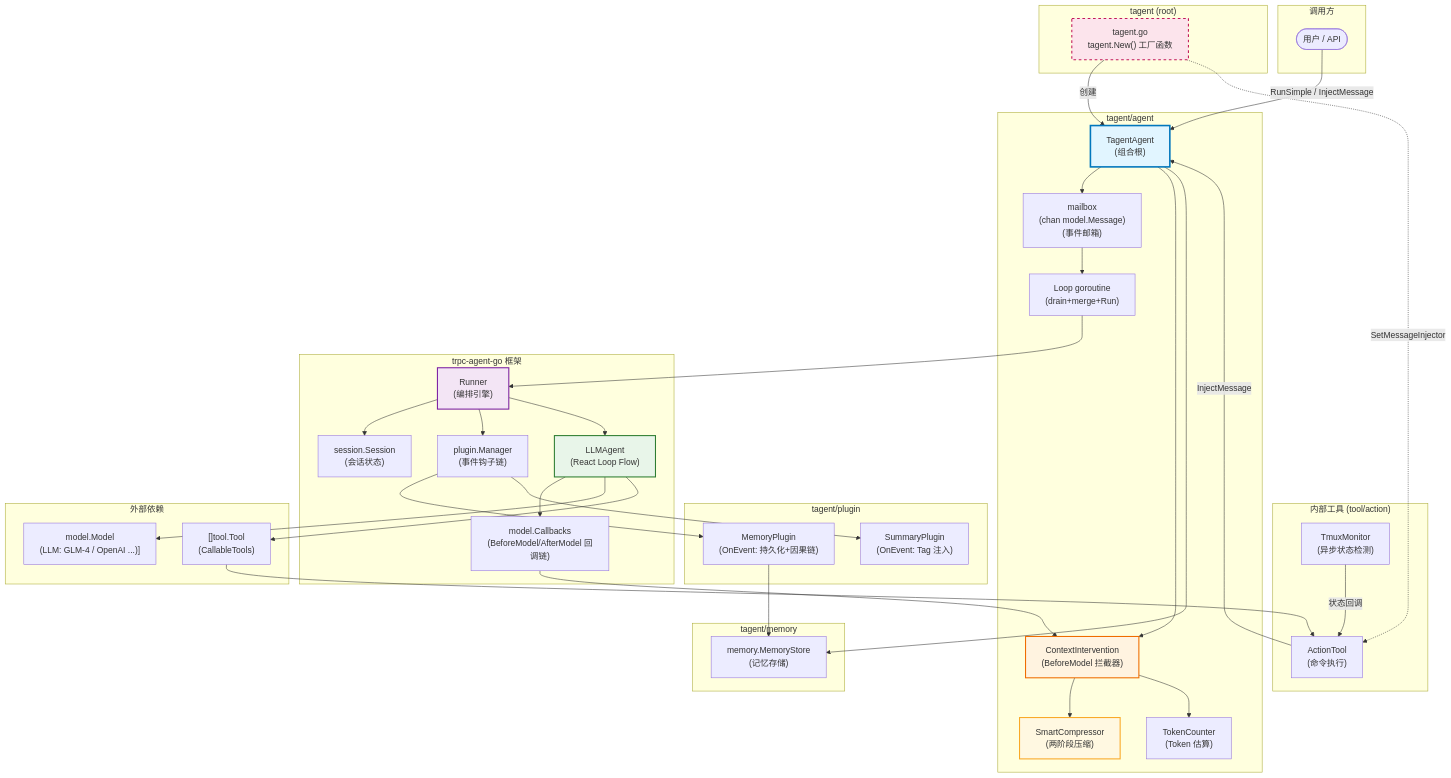
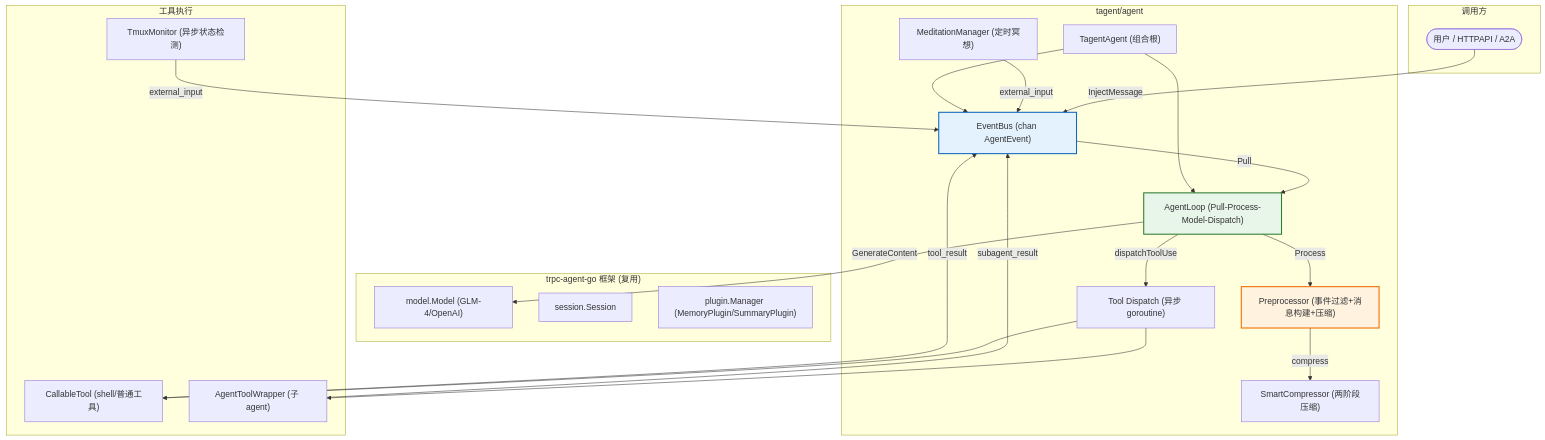
The first of 8 diagrams in docs/wiki/agent/agent-architecture.md (SpellingDragon/tagent), drawn with Mermaid before and after one commit. The commit also changed other lines of this file and 78 other files, not shown here.

````diff
--- a/docs/wiki/agent/agent-architecture.md
+++ b/docs/wiki/agent/agent-architecture.md
@@ -20,85 +24,49 @@
 ```mermaid
 graph TB
     subgraph "调用方"
-        User([用户 / API])
+        User([用户 / HTTPAPI / A2A])
     end
 
     subgraph "tagent/agent"
-        TA["TagentAgent\n(组合根)"]
-        MB["mailbox\n(chan model.Message)\n(事件邮箱)"]
-        LP["Loop goroutine\n(drain+merge+Run)"]
-        CI["ContextIntervention\n(BeforeModel 拦截器)"]
-        SC["SmartCompressor\n(两阶段压缩)"]
-        TC["TokenCounter\n(Token 估算)"]
+        TA["TagentAgent (组合根)"]
+        EB["EventBus (chan AgentEvent)"]
+        AL["AgentLoop (Pull-Process-Model-Dispatch)"]
+        PP["Preprocessor (事件过滤+消息构建+压缩)"]
+        TD["Tool Dispatch (异步 goroutine)"]
+        SC["SmartCompressor (两阶段压缩)"]
+        MM["MeditationManager (定时冥想)"]
     end
 
-    subgraph "trpc-agent-go 框架"
-        Runner["Runner\n(编排引擎)"]
-        LLMAgent["LLMAgent\n(React Loop Flow)"]
-        ModelCallbacks["model.Callbacks\n(BeforeModel/AfterModel 回调链)"]
-        PluginManager["plugin.Manager\n(事件钩子链)"]
-        Session["session.Session\n(会话状态)"]
+    subgraph "trpc-agent-go 框架 (复用)"
+        Model["model.Model (GLM-4/OpenAI)"]
+        Session["session.Session"]
+        Plugin["plugin.Manager (MemoryPlugin/SummaryPlugin)"]
     end
 
-    subgraph "tagent/plugin"
-        MP["MemoryPlugin\n(OnEvent: 持久化+因果链)"]
-        SP["SummaryPlugin\n(OnEvent: Tag 注入)"]
+    subgraph "工具执行"
+        Shell["CallableTool (shell/普通工具)"]
+        SubAgent["AgentToolWrapper (子 agent)"]
+        Tmux["TmuxMonitor (异步状态检测)"]
     end
 
-    subgraph "tagent/memory"
-        MS["memory.MemoryStore\n(记忆存储)"]
-    end
+    User -->|InjectMessage| EB
+    MM -->|external_input| EB
+    Tmux -->|external_input| EB
+    Shell -->|tool_result| EB
+    SubAgent -->|subagent_result| EB
 
-    subgraph "内部工具 (tool/action)"
-        ActionTool["ActionTool\n(命令执行)"]
-        Tmux["TmuxMonitor\n(异步状态检测)"]
-    end
+    EB -->|Pull| AL
+    AL -->|Process| PP
+    PP -->|compress| SC
+    AL -->|GenerateContent| Model
+    AL -->|dispatchToolUse| TD
+    TD --> Shell
+    TD --> SubAgent
 
-    subgraph "外部依赖"
-        LLM["model.Model\n(LLM: GLM-4 / OpenAI ...)]"]
-        Tools["[]tool.Tool\n(CallableTools)"]
-    end
+    TA --> EB
+    TA --> AL
 
-    subgraph "tagent (root)"
-        KAH["tagent.go\ntagent.New() 工厂函数"]
-    end
-
-    User -->|RunSimple / InjectMessage| TA
-
-    TA --> MB
-    MB --> LP
-    LP --> Runner
-    TA --> CI
-    TA --> MS
-
-    KAH -->|创建| TA
-    KAH -.->|SetMessageInjector| ActionTool
-
-    Runner --> Session
-    Runner --> PluginManager
-    Runner --> LLMAgent
-
-    LLMAgent --> ModelCallbacks
-    LLMAgent --> LLM
-    LLMAgent --> Tools
-
-    ModelCallbacks --> CI
-    CI --> SC
-    CI --> TC
-
-    PluginManager --> MP
-    PluginManager --> SP
-
-    MP --> MS
-
-    Tools --> ActionTool
-    Tmux -->|状态回调| ActionTool
-    ActionTool -->|InjectMessage| TA
-
-    style TA fill:#e1f5ff,stroke:#0277bd,stroke-width:3px
-    style Runner fill:#f3e5f5,stroke:#7b1fa2,stroke-width:2px
-    style LLMAgent fill:#e8f5e9,stroke:#2e7d32,stroke-width:2px
-    style CI fill:#fff3e0,stroke:#ef6c00,stroke-width:2px
-    style SC fill:#fff8e1,stroke:#f9a825,stroke-width:2px
-    style KAH fill:#fce4ec,stroke:#c2185b,stroke-width:2px,stroke-dasharray:5,5
+    style AL fill:#e8f5e9,stroke:#2e7d32,stroke-width:2px
+    style EB fill:#e3f2fd,stroke:#1565c0,stroke-width:2px
+    style PP fill:#fff3e0,stroke:#ef6c00,stroke-width:2px
 ```
````
